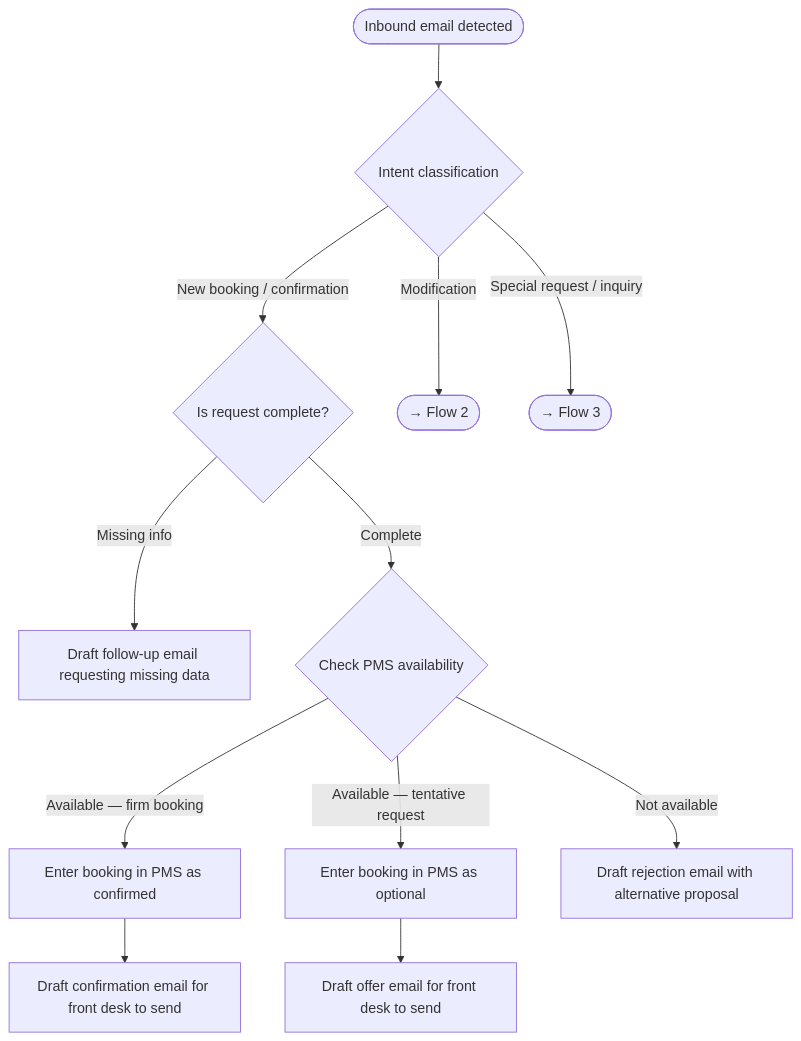
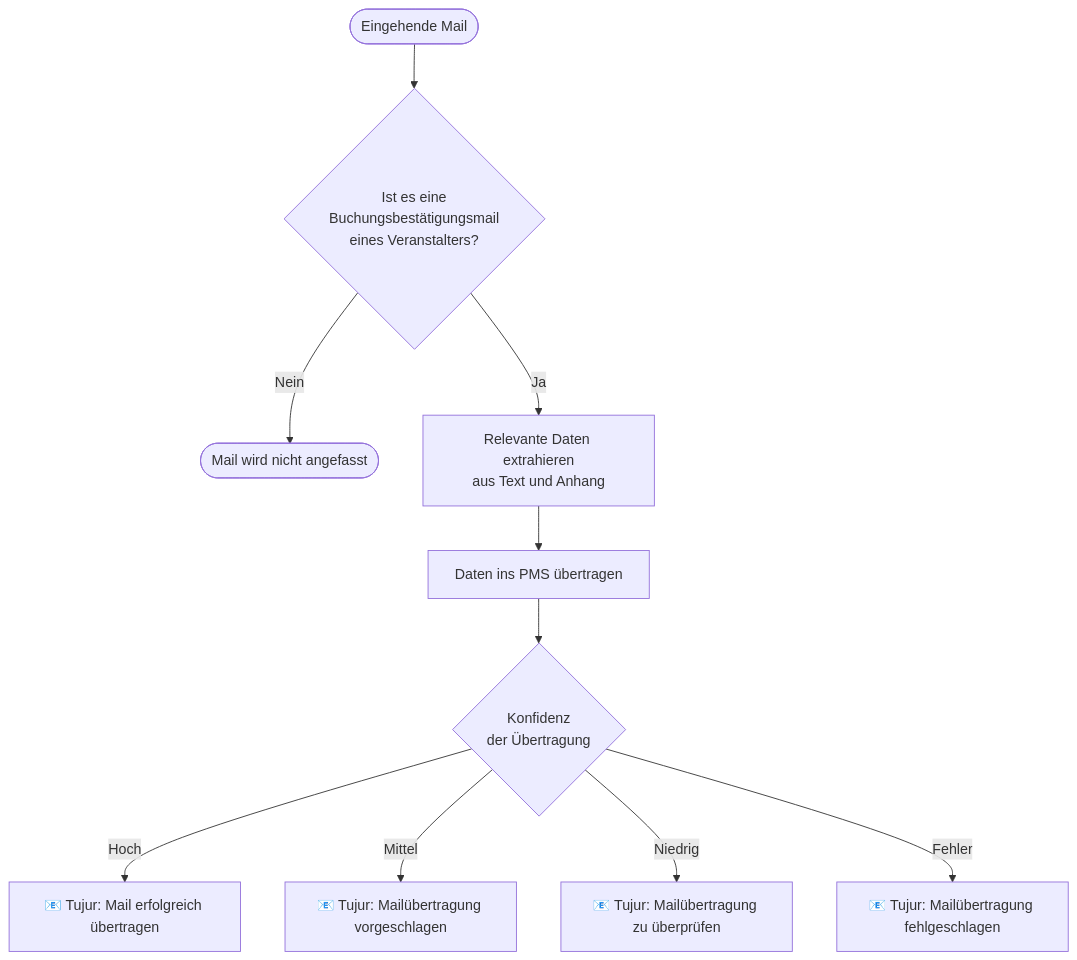
Before and after one commit to torelain/hospitalityai: the diagram in docs/domain/solution/mvp_email_channel.md, drawn with Mermaid. The commit also changed other lines of this file, not shown here.

Commit message:
docs(mvp): update MVP scope to focused email-channel flow from 25.04. session

````diff
--- a/docs/domain/solution/mvp_email_channel.md
+++ b/docs/domain/solution/mvp_email_channel.md
@@ -23,17 +34,13 @@
 ```mermaid
 flowchart TD
-    A([Inbound email detected]) --> B{Intent classification}
-    B --> |New booking / confirmation| C{Is request complete?}
-    B --> |Modification| F1([→ Flow 2])
-    B --> |Special request / inquiry| F3([→ Flow 3])
+    A([Eingehende Mail]) --> B{Ist es eine\nBuchungsbestätigungsmail\neines Veranstalters?}
+    B --> |Nein| C([Mail wird nicht angefasst])
+    B --> |Ja| D[Relevante Daten extrahieren\naus Text und Anhang]
+    D --> E[Daten ins PMS übertragen]
+    E --> F{Konfidenz\nder Übertragung}
 
-    C --> |Missing info| D[Draft follow-up email requesting missing data]
-    C --> |Complete| E{Check PMS availability}
-
-    E --> |Available — firm booking| G[Enter booking in PMS as confirmed]
-    E --> |Available — tentative request| H[Enter booking in PMS as optional]
-    E --> |Not available| I[Draft rejection email with alternative proposal]
-
-    G --> J[Draft confirmation email for front desk to send]
-    H --> K[Draft offer email for front desk to send]
+    F --> |Hoch| G[📧 Tujur: Mail erfolgreich übertragen]
+    F --> |Mittel| H[📧 Tujur: Mailübertragung vorgeschlagen]
+    F --> |Niedrig| I[📧 Tujur: Mailübertragung zu überprüfen]
+    F --> |Fehler| J[📧 Tujur: Mailübertragung fehlgeschlagen]
 ```
````
